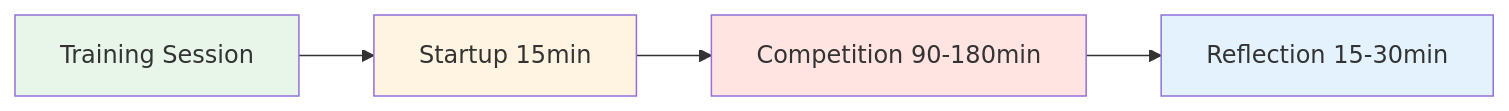
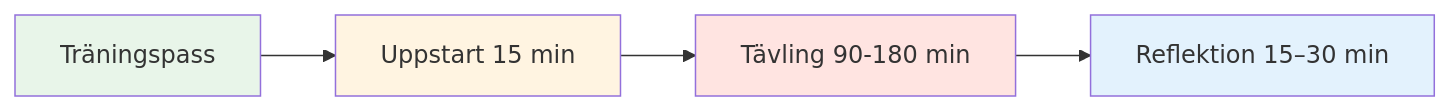
The diagram in docs/sv/guides/training-session/index.md (patwii/petanque-academy), drawn with Mermaid before and after one commit. The commit also changed other lines of this file and 550 other files, not shown here.

````diff
--- a/docs/sv/guides/training-session/index.md
+++ b/docs/sv/guides/training-session/index.md
@@ -22,11 +22,11 @@
 ```mermaid
 graph LR
-    A[Training Session] --> B[Startup 15min]
-    B --> C[Competition 90-180min]
-    C --> D[Reflection 15-30min]
+    A[Träningspass] --> B[Uppstart 15 min]
+    B --> C[Tävling 90-180 min]
+    C --> D[Reflektion 15–30 min]
 
     style A fill:#e8f5e9
     style B fill:#fff4e1
     style C fill:#ffe4e1
     style D fill:#e3f2fd
 ```
````
